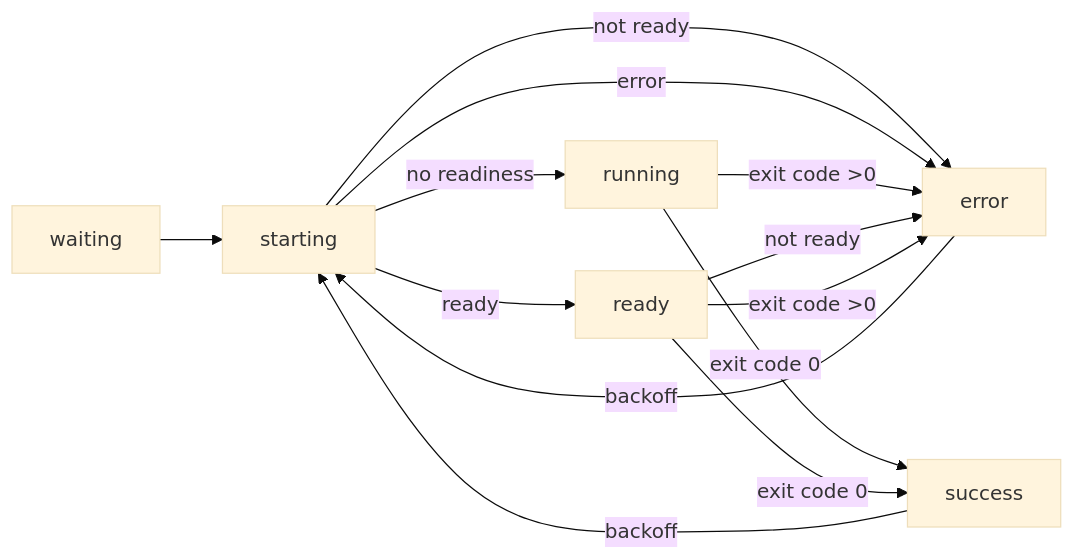
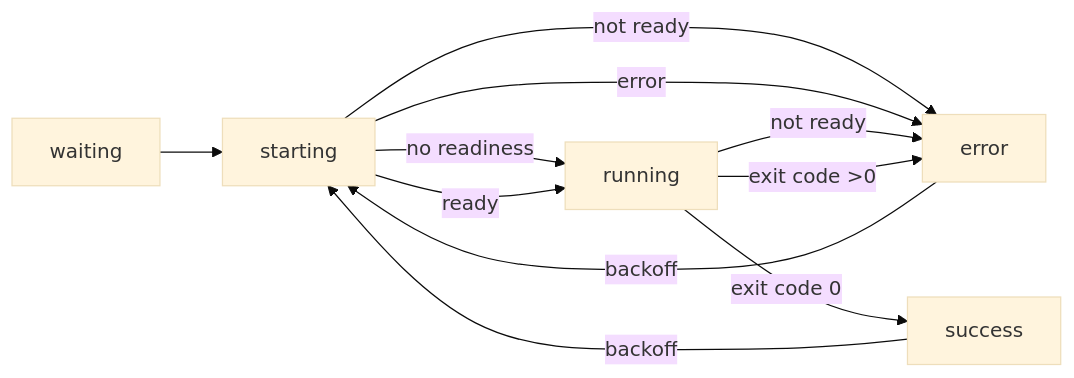
Before and after one commit to kitproj/kit: the diagram in docs/STATUS.md, drawn with Mermaid (base theme). The commit also changed 2 other files, not shown here.

Commit message:
fix: correct small bug in fulfilled

````diff
--- a/docs/STATUS.md
+++ b/docs/STATUS.md
@@ -5,16 +5,14 @@
 ```mermaid
 flowchart LR
     waiting --> starting
     starting -->|no readiness| running
-    starting -->|ready| ready
+    starting -->|ready| running
     starting -->|not ready| error
     starting -->|error| error
+    running --> |not ready| error
     running -->|exit code >0| error
     running -->|exit code 0| success
-    ready --> |not ready| error
-    ready -->|exit code >0| error
-    ready -->|exit code 0| success
     error -->|backoff| starting
     success -->|backoff| starting
 
 ```
````
